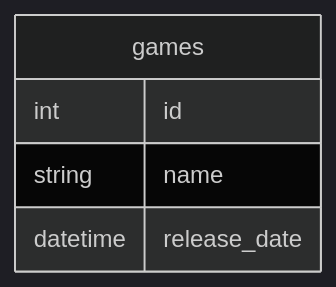
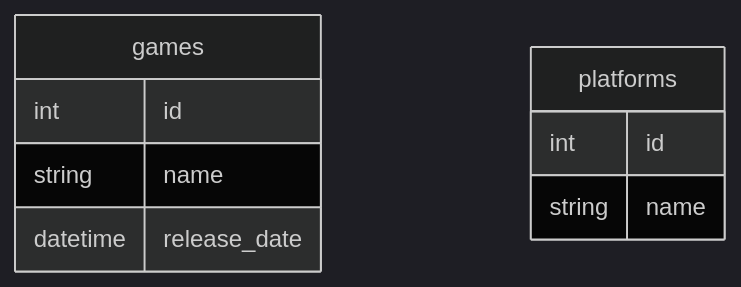
One commit to Haikira/VGLogger changed the second of 2 diagrams in README.md. Above: the diagram before and after it, drawn with Mermaid.

````diff
--- a/README.md
+++ b/README.md
@@ -36,12 +36,16 @@
 ``` mermaid
 %%{init: {'theme': 'dark' } }%%
 
 erDiagram
 
         games {
                 int id
                 string name
                 datetime release_date
-            }
+        }
+        platforms {
+                int id
+                string name                
+        }
 
 ```
````
